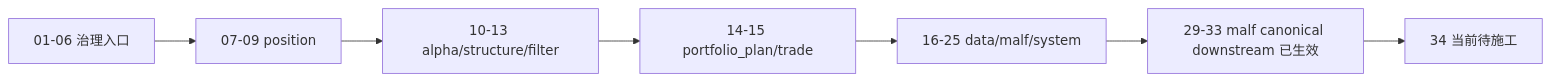
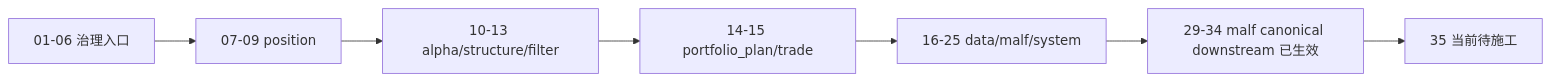
Before and after one commit to everything-is-simple/lifespan-0.01: the diagram in docs/03-execution/C-system-completion-ledger-20260409.md, drawn with Mermaid. The commit also changed other lines of this file and 19 other files, not shown here.

````diff
--- a/docs/03-execution/C-system-completion-ledger-20260409.md
+++ b/docs/03-execution/C-system-completion-ledger-20260409.md
@@ -31,9 +31,9 @@
 ```mermaid
 flowchart LR
     G01["01-06 治理入口"] --> P07["07-09 position"]
     P07 --> A10["10-13 alpha/structure/filter"]
     A10 --> T14["14-15 portfolio_plan/trade"]
     T14 --> D16["16-25 data/malf/system"]
-    D16 --> M29["29-33 malf canonical downstream 已生效"]
-    M29 --> NEXT["34 当前待施工"]
+    D16 --> M29["29-34 malf canonical downstream 已生效"]
+    M29 --> NEXT["35 当前待施工"]
 ```
````
